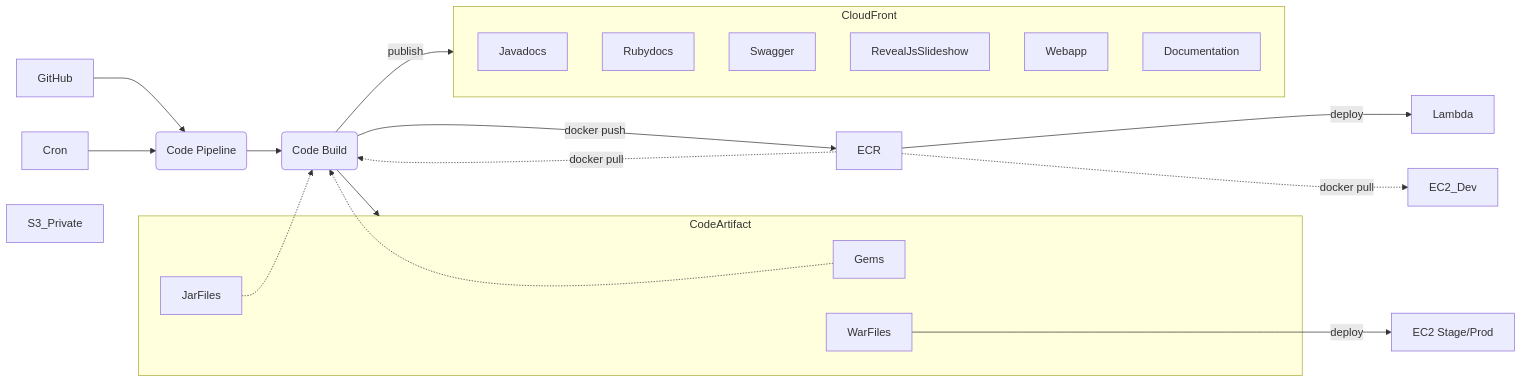
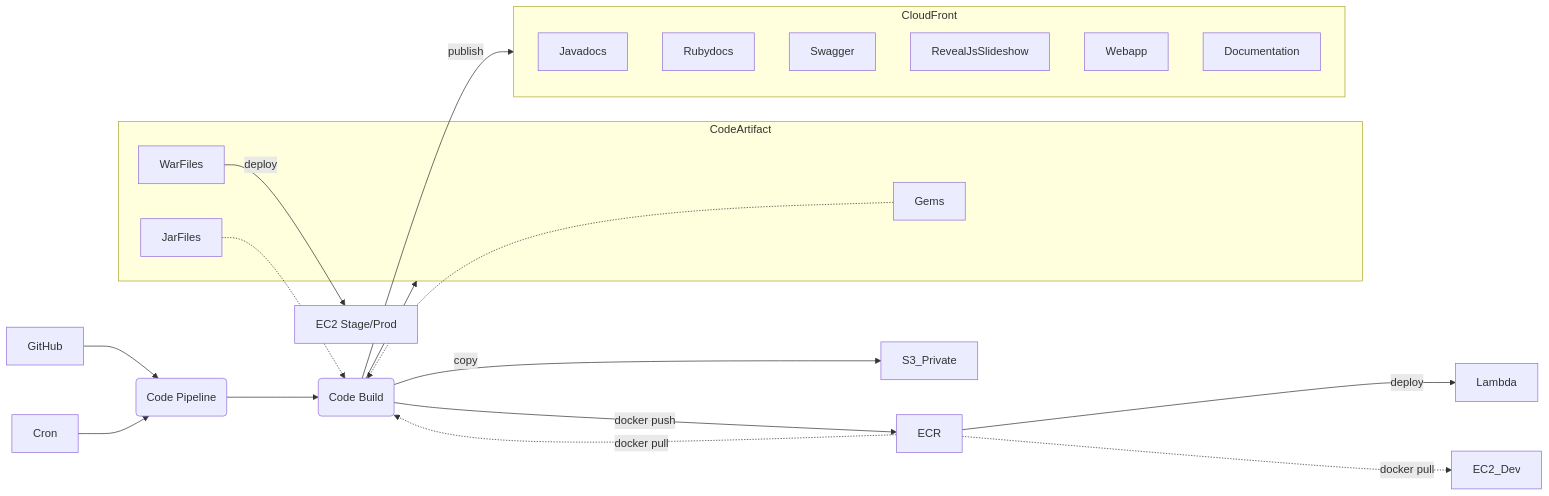
One commit to CDLUC3/mrt-doc changed the first of 7 diagrams in design/aws-build/README.md. Above: the diagram before and after it, drawn with Mermaid.

````diff
--- a/design/aws-build/README.md
+++ b/design/aws-build/README.md
@@ -11,33 +11,33 @@
 ```mermaid
 graph LR
   GitHub --> Pipeline
   Cron --> Pipeline
   Pipeline(Code Pipeline)
   Pipeline --> Build
   Build(Code Build)
   Build --> CodeArtifact
   Build --> |publish| CloudFront
   Build --> |docker push| ECR
+  Build --> |copy| S3_Private
   ECR
   ECR --> |deploy| Lambda
   ECR -.-> |docker pull| EC2_Dev
   ECR -.-> |docker pull| Build
   subgraph CodeArtifact
     Gems
     JarFiles
     WarFiles
   end
   EC2[EC2 Stage/Prod]
   WarFiles --> |deploy| EC2
   Gems -.-> Build
   JarFiles -.-> Build
-  S3_Private
   subgraph CloudFront
     Javadocs
     Rubydocs
     Swagger
     RevealJsSlideshow
     Webapp
     Documentation
   end
 ```
````
